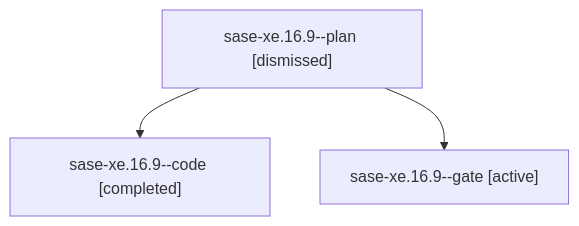
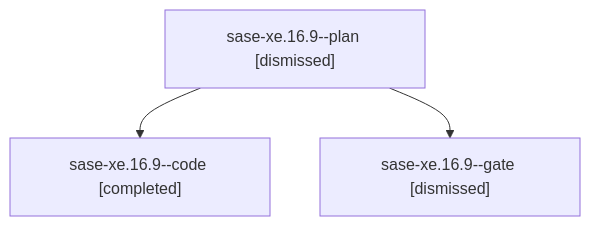
The diagram in sessions/bbugyi200.athena.sase-xe.16.9.md (sase-org/sase--agents), drawn with Mermaid before and after one commit. The commit also changed other lines of this file and 323 other files, not shown here.

````diff
--- a/sessions/bbugyi200.athena.sase-xe.16.9.md
+++ b/sessions/bbugyi200.athena.sase-xe.16.9.md
@@ -9,8 +9,8 @@
 ```mermaid
 flowchart TD
   n0["sase-xe.16.9--plan [dismissed]"]
   n1["sase-xe.16.9--code [completed]"]
   n0 --> n1
-  n2["sase-xe.16.9--gate [active]"]
+  n2["sase-xe.16.9--gate [dismissed]"]
   n0 --> n2
 ```
````
